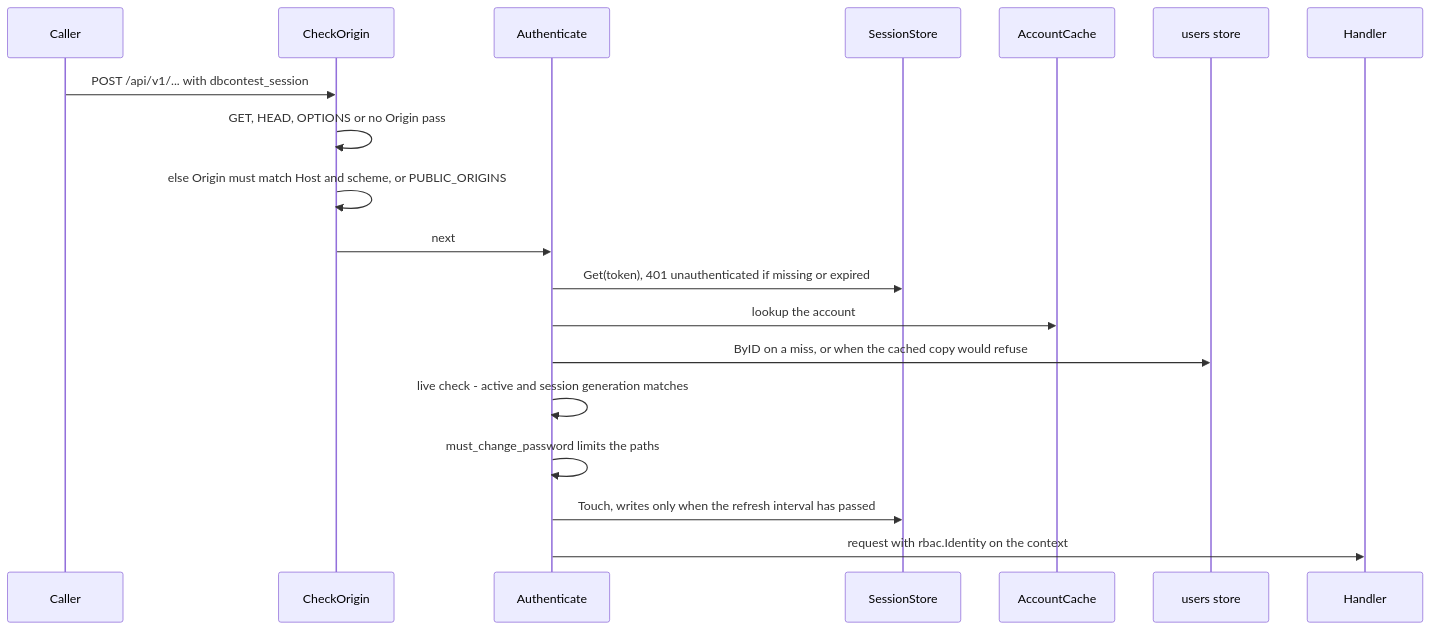
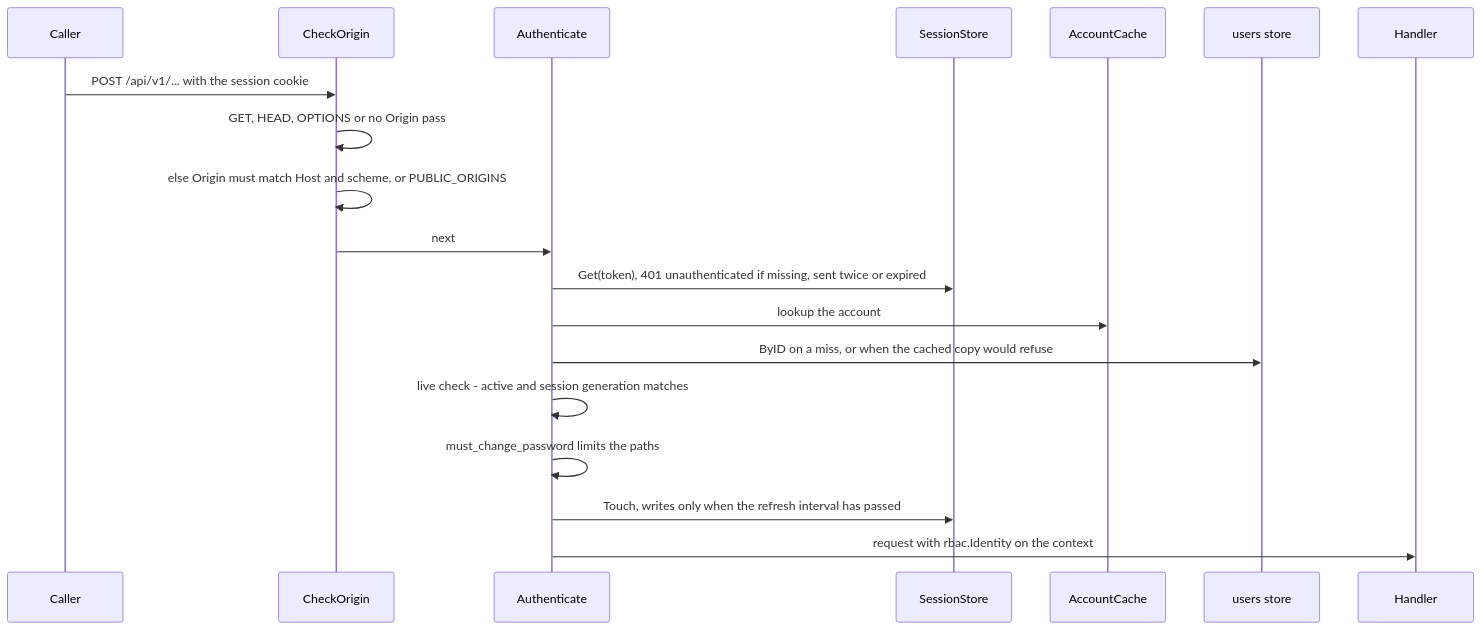
One commit to devrdn/olymp-db-platform changed the third of 14 diagrams in docs/guide/03-flows.md. Above: the diagram before and after it, drawn with Mermaid. The commit also changed other lines of this file and 32 other files, not shown here.

First line of the commit message:
fix(auth): bind the session cookie to this host and refuse a doubled one

````diff
--- a/docs/guide/03-flows.md
+++ b/docs/guide/03-flows.md
@@ -198,22 +200,22 @@
 ```mermaid
 sequenceDiagram
     participant X as Caller
     participant O as CheckOrigin
     participant M as Authenticate
     participant K as SessionStore
     participant AC as AccountCache
     participant U as users store
     participant H as Handler
 
-    X->>O: POST /api/v1/... with dbcontest_session
+    X->>O: POST /api/v1/... with the session cookie
     O->>O: GET, HEAD, OPTIONS or no Origin pass
     O->>O: else Origin must match Host and scheme, or PUBLIC_ORIGINS
     O->>M: next
-    M->>K: Get(token), 401 unauthenticated if missing or expired
+    M->>K: Get(token), 401 unauthenticated if missing, sent twice or expired
     M->>AC: lookup the account
     M->>U: ByID on a miss, or when the cached copy would refuse
     M->>M: live check - active and session generation matches
     M->>M: must_change_password limits the paths
     M->>K: Touch, writes only when the refresh interval has passed
     M->>H: request with rbac.Identity on the context
 ```
````
